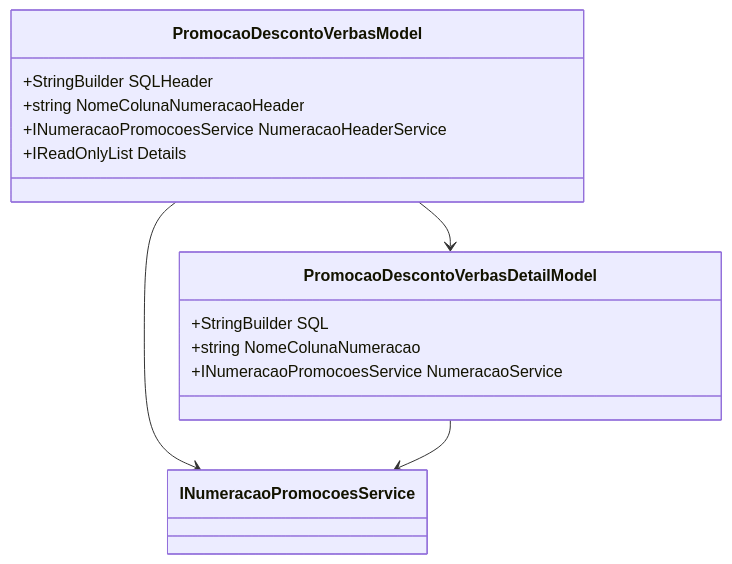
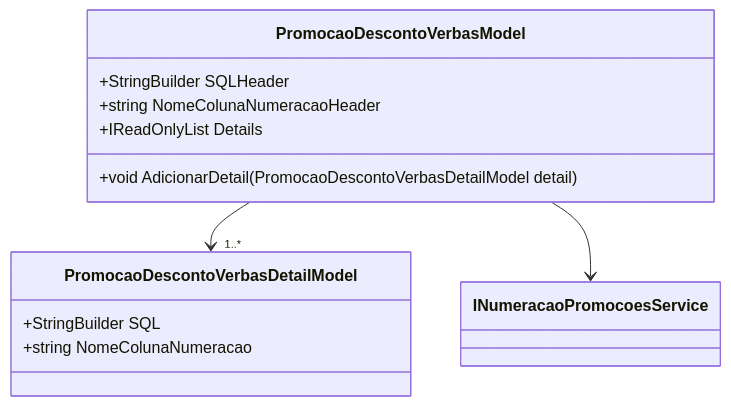
Before and after one commit to IsthmusSistemas/documentacao-tecnica: the diagram in docs/b2b-dominio/IsthmusWinthor.Nucleo/IsthmusWinthor.Dominio/Model/Verbas/PromocaoDescontoVerbasModel.md, drawn with Mermaid. The commit also changed other lines of this file and 882 other files, not shown here.

````diff
--- a/docs/b2b-dominio/IsthmusWinthor.Nucleo/IsthmusWinthor.Dominio/Model/Verbas/PromocaoDescontoVerbasModel.md
+++ b/docs/b2b-dominio/IsthmusWinthor.Nucleo/IsthmusWinthor.Dominio/Model/Verbas/PromocaoDescontoVerbasModel.md
@@ -32,18 +27,19 @@
 ```mermaid
 classDiagram
     class PromocaoDescontoVerbasModel {
-        +StringBuilder SQLHeader
-        +string NomeColunaNumeracaoHeader
-        +INumeracaoPromocoesService NumeracaoHeaderService
-        +IReadOnlyList<PromocaoDescontoVerbasDetailModel> Details
+      +StringBuilder SQLHeader
+      +string NomeColunaNumeracaoHeader
+      +IReadOnlyList<PromocaoDescontoVerbasDetailModel> Details
+      +void AdicionarDetail(PromocaoDescontoVerbasDetailModel detail)
     }
+    
     class PromocaoDescontoVerbasDetailModel {
-        +StringBuilder SQL
-        +string NomeColunaNumeracao
-        +INumeracaoPromocoesService NumeracaoService
+      +StringBuilder SQL
+      +string NomeColunaNumeracao
     }
+    
     class INumeracaoPromocoesService
-    PromocaoDescontoVerbasModel --> PromocaoDescontoVerbasDetailModel
+    
+    PromocaoDescontoVerbasModel --> "1..*" PromocaoDescontoVerbasDetailModel
     PromocaoDescontoVerbasModel --> INumeracaoPromocoesService
-    PromocaoDescontoVerbasDetailModel --> INumeracaoPromocoesService
-```
+``` 
````
